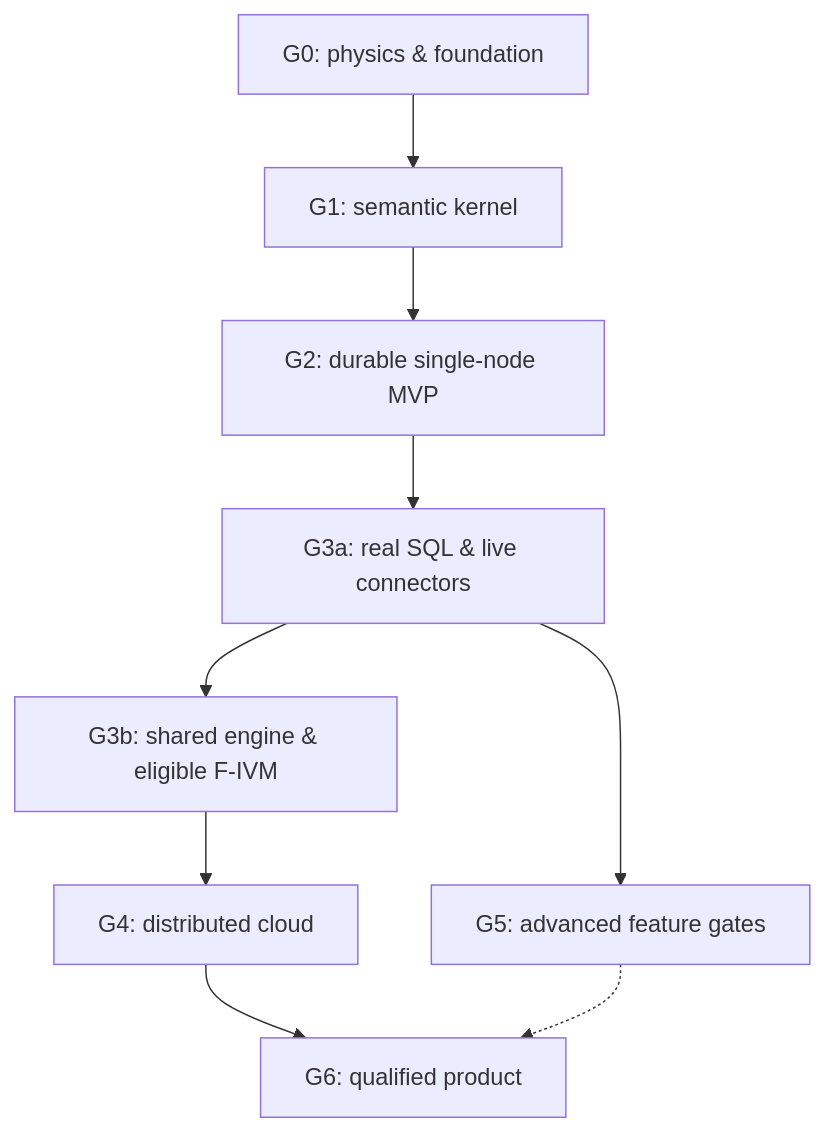
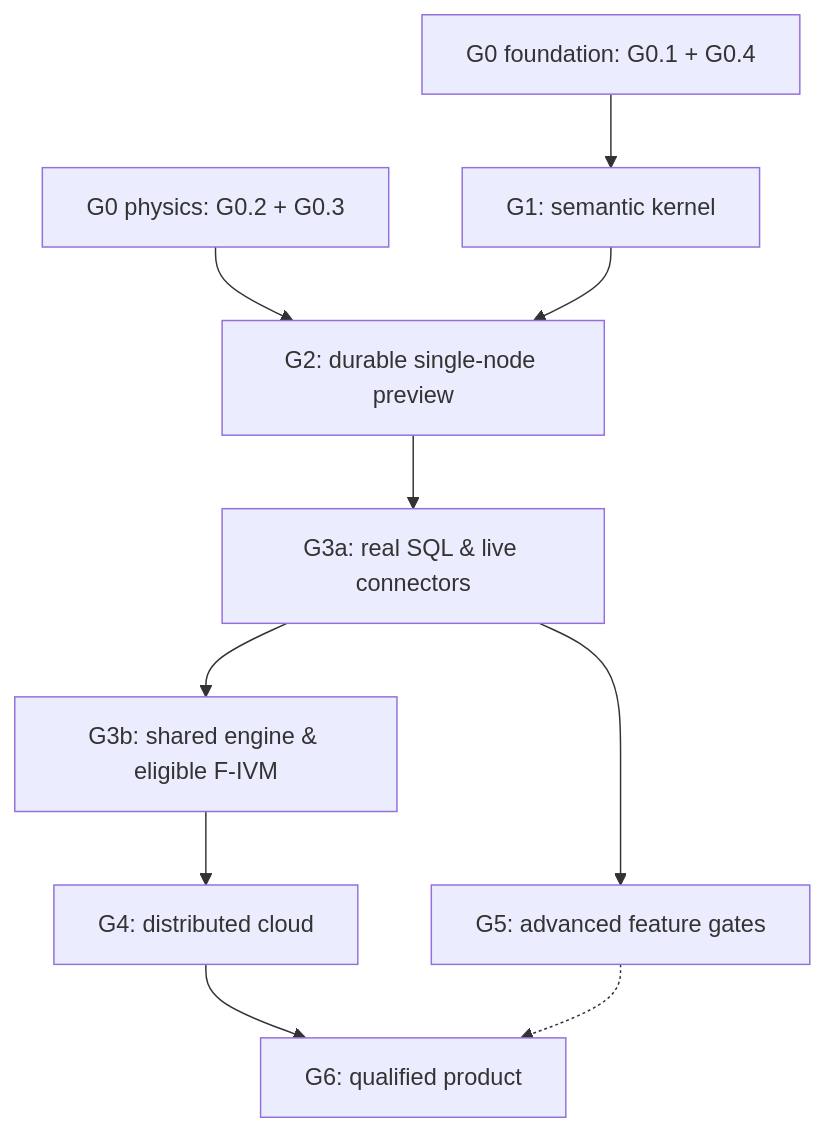
The diagram in docs/planning/implementation-plan.md (trickle-labs/rockstream2), drawn with Mermaid before and after one commit. The commit also changed other lines of this file and 24 other files, not shown here.

````diff
--- a/docs/planning/implementation-plan.md
+++ b/docs/planning/implementation-plan.md
@@ -13,11 +15,12 @@
 ```mermaid
 flowchart TB
-    G0["G0: physics & foundation"] --> G1["G1: semantic kernel"]
-    G1 --> G2["G2: durable single-node MVP"]
+    G0F["G0 foundation: G0.1 + G0.4"] --> G1["G1: semantic kernel"]
+    G0P["G0 physics: G0.2 + G0.3"] --> G2
+    G1 --> G2["G2: durable single-node preview"]
     G2 --> G3a["G3a: real SQL & live connectors"]
     G3a --> G3b["G3b: shared engine & eligible F-IVM"]
     G3b --> G4["G4: distributed cloud"]
     G4 --> G6["G6: qualified product"]
     G3a --> G5["G5: advanced feature gates"]
     G5 -.-> G6
 ```
````
